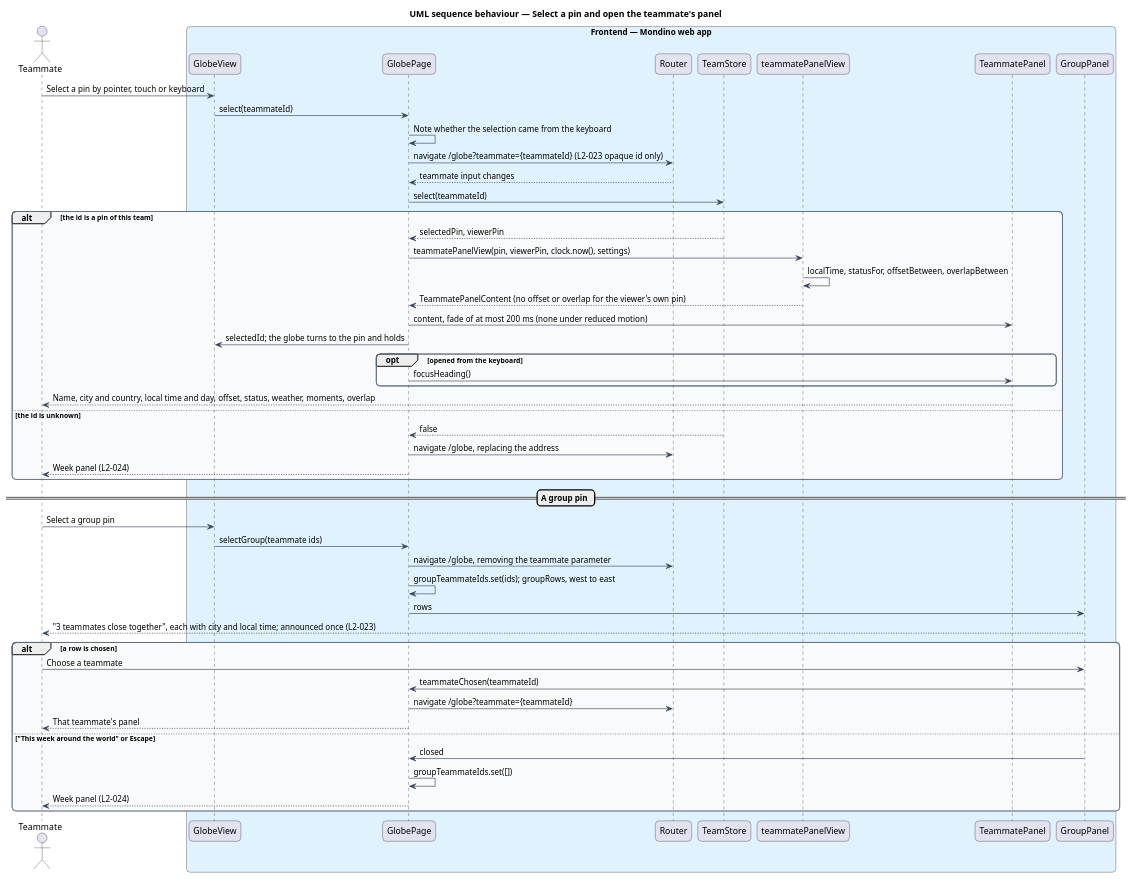
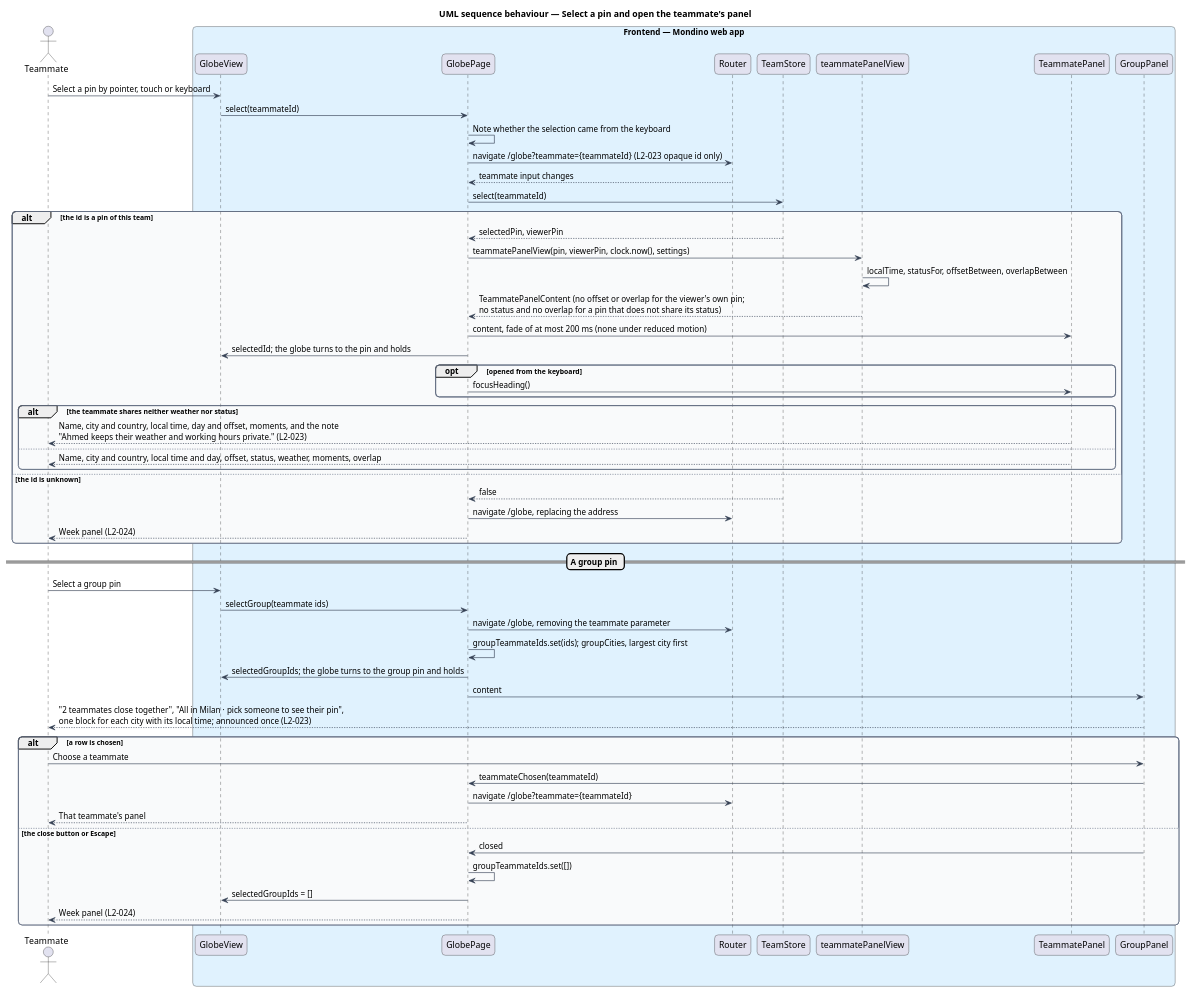
The diagram in docs/detailed-designs/team/view-teammate-panel/diagrams/sequence-select-pin.puml (QuinntyneBrown/Mondino), drawn with PlantUML before and after one commit. The commit also changed 91 other files, not shown here.

```diff
--- a/docs/detailed-designs/team/view-teammate-panel/diagrams/sequence-select-pin.puml
+++ b/docs/detailed-designs/team/view-teammate-panel/diagrams/sequence-select-pin.puml
@@ -1,66 +1,72 @@
 @startuml
 title UML sequence behaviour — Select a pin and open the teammate's panel
 skinparam backgroundColor #FFFFFF
 skinparam shadowing false
 skinparam roundcorner 12
 skinparam defaultFontName Arial
 skinparam ArrowColor #344054
 skinparam rectangle {
   BorderColor #344054
   FontColor #101828
 }
 skinparam package {
   BorderColor #667085
   FontColor #101828
   BackgroundColor #F9FAFB
 }
 actor "Teammate" as actor
 box "Frontend — Mondino web app" #E0F2FE
   participant "GlobeView" as globe
   participant "GlobePage" as page
   participant "Router" as router
   participant "TeamStore" as store
   participant "teammatePanelView" as view
   participant "TeammatePanel" as panel
   participant "GroupPanel" as group
 end box
 actor -> globe : Select a pin by pointer, touch or keyboard
 globe -> page : select(teammateId)
 page -> page : Note whether the selection came from the keyboard
 page -> router : navigate /globe?teammate={teammateId} (L2-023 opaque id only)
 router --> page : teammate input changes
 page -> store : select(teammateId)
 alt the id is a pin of this team
   store --> page : selectedPin, viewerPin
   page -> view : teammatePanelView(pin, viewerPin, clock.now(), settings)
   view -> view : localTime, statusFor, offsetBetween, overlapBetween
-  view --> page : TeammatePanelContent (no offset or overlap for the viewer's own pin)
+  view --> page : TeammatePanelContent (no offset or overlap for the viewer's own pin;\nno status and no overlap for a pin that does not share its status)
   page -> panel : content, fade of at most 200 ms (none under reduced motion)
   page -> globe : selectedId; the globe turns to the pin and holds
   opt opened from the keyboard
     page -> panel : focusHeading()
   end
-  panel --> actor : Name, city and country, local time and day, offset, status, weather, moments, overlap
+  alt the teammate shares neither weather nor status
+    panel --> actor : Name, city and country, local time, day and offset, moments, and the note\n"Ahmed keeps their weather and working hours private." (L2-023)
+  else
+    panel --> actor : Name, city and country, local time and day, offset, status, weather, moments, overlap
+  end
 else the id is unknown
   store --> page : false
   page -> router : navigate /globe, replacing the address
   page --> actor : Week panel (L2-024)
 end
 == A group pin ==
 actor -> globe : Select a group pin
 globe -> page : selectGroup(teammate ids)
 page -> router : navigate /globe, removing the teammate parameter
-page -> page : groupTeammateIds.set(ids); groupRows, west to east
-page -> group : rows
-group --> actor : "3 teammates close together", each with city and local time; announced once (L2-023)
+page -> page : groupTeammateIds.set(ids); groupCities, largest city first
+page -> globe : selectedGroupIds; the globe turns to the group pin and holds
+page -> group : content
+group --> actor : "2 teammates close together", "All in Milan · pick someone to see their pin",\none block for each city with its local time; announced once (L2-023)
 alt a row is chosen
   actor -> group : Choose a teammate
   group -> page : teammateChosen(teammateId)
   page -> router : navigate /globe?teammate={teammateId}
   page --> actor : That teammate's panel
-else "This week around the world" or Escape
+else the close button or Escape
   group -> page : closed
   page -> page : groupTeammateIds.set([])
+  page -> globe : selectedGroupIds = []
   page --> actor : Week panel (L2-024)
 end
 @enduml
```
